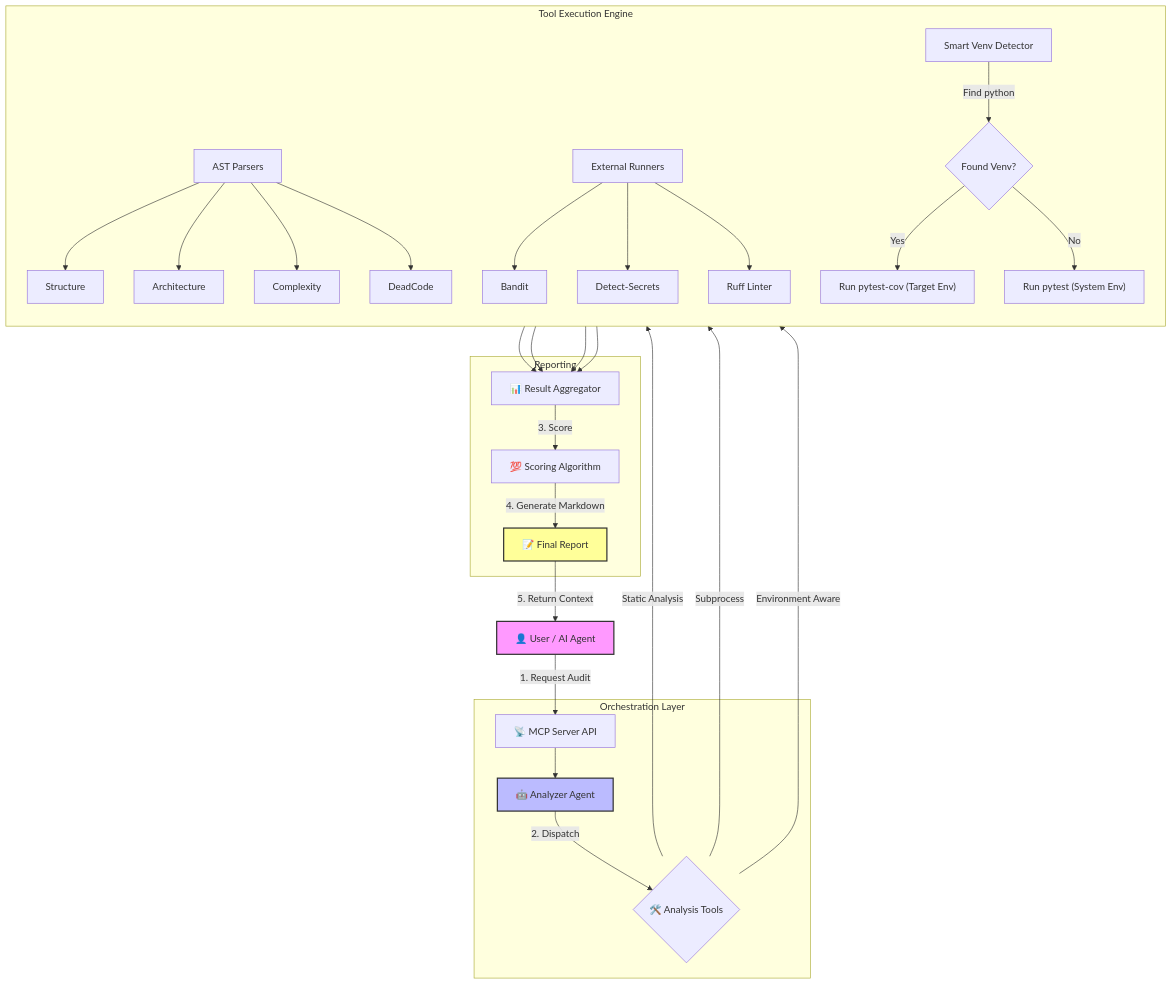
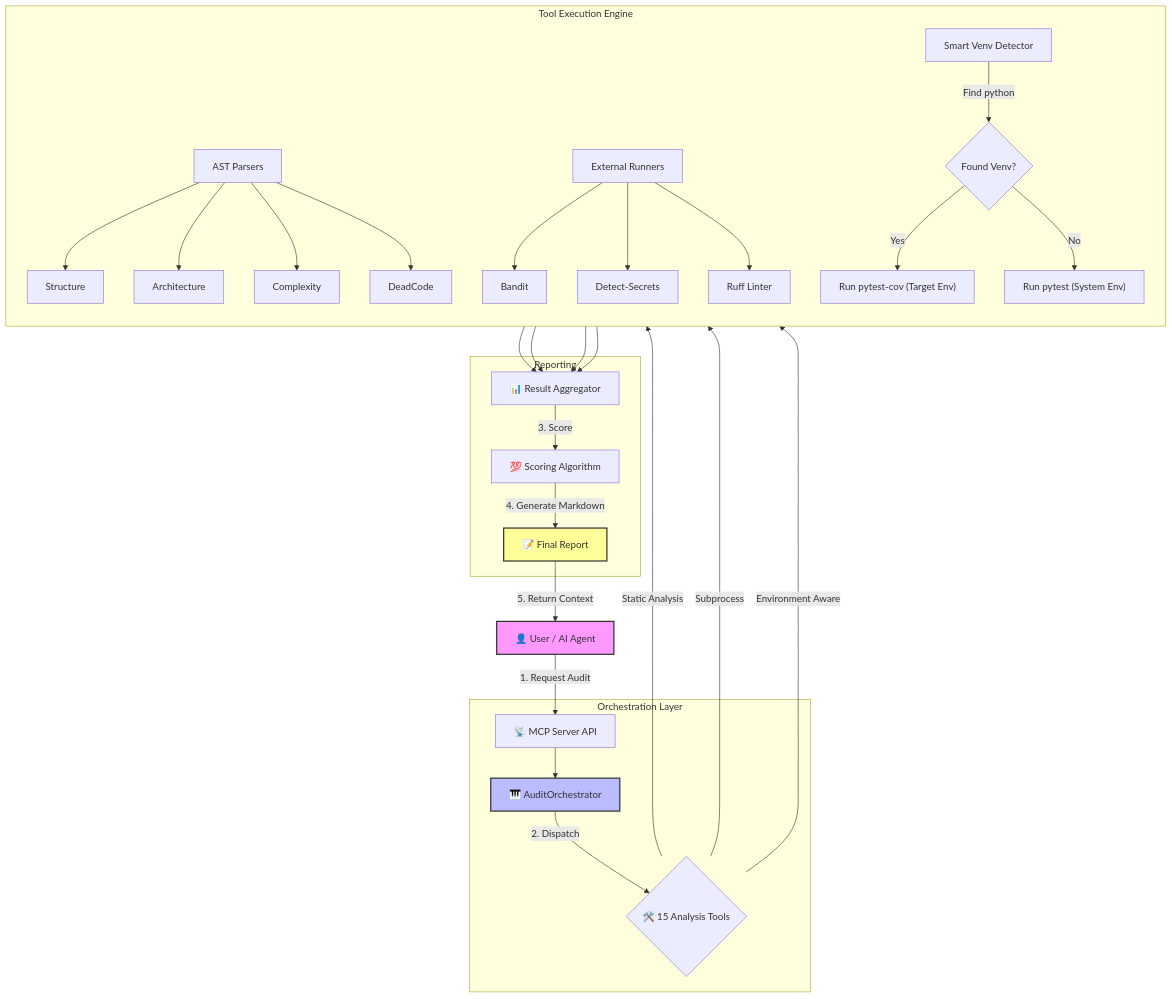
Before and after one commit to Amitro123/mcp-python-auditor: the diagram in README.md, drawn with Mermaid. The commit also changed other lines of this file, not shown here.

````diff
--- a/README.md
+++ b/README.md
@@ -73,40 +80,40 @@
 ```mermaid
 graph TD
     User["👤 User / AI Agent"] -->|1. Request Audit| API["📡 MCP Server API"]
     
     subgraph "Orchestration Layer"
-        API --> Agent["🤖 Analyzer Agent"]
-        Agent -->|2. Dispatch| Tools
+        API --> Orchestrator["🎹 AuditOrchestrator"]
+        Orchestrator -->|2. Dispatch| Tools
     end
     
     subgraph "Tool Execution Engine"
         direction TB
-        Tools{"🛠️ Analysis Tools"}
+        Tools{"🛠️ 15 Analysis Tools"}
         
         Tools -->|Static Analysis| AST["AST Parsers"]
         AST --> Structure & Architecture
         AST --> Complexity & DeadCode
         
         Tools -->|Subprocess| Ext["External Runners"]
         Ext --> Security["Bandit"]
         Ext --> Secrets["Detect-Secrets"]
         Ext --> Ruff["Ruff Linter"]
         
         Tools -->|Environment Aware| Env["Smart Venv Detector"]
         Env -->|Find python| Venv{"Found Venv?"}
         Venv -->|Yes| PyTest["Run pytest-cov (Target Env)"]
         Venv -->|No| SysTest["Run pytest (System Env)"]
     end
     
     subgraph "Reporting"
         Structure & Architecture & Complexity & DeadCode --> Agg["📊 Result Aggregator"]
         Agg -->|3. Score| Score["💯 Scoring Algorithm"]
         Score -->|4. Generate Markdown| MD["📝 Final Report"]
     end
     
     MD -->|5. Return Context| User
     
     style User fill:#f9f,stroke:#333,stroke-width:2px
-    style Agent fill:#bbf,stroke:#333,stroke-width:2px
+    style Orchestrator fill:#bbf,stroke:#333,stroke-width:2px
     style MD fill:#ff9,stroke:#333,stroke-width:2px
 ```
````
